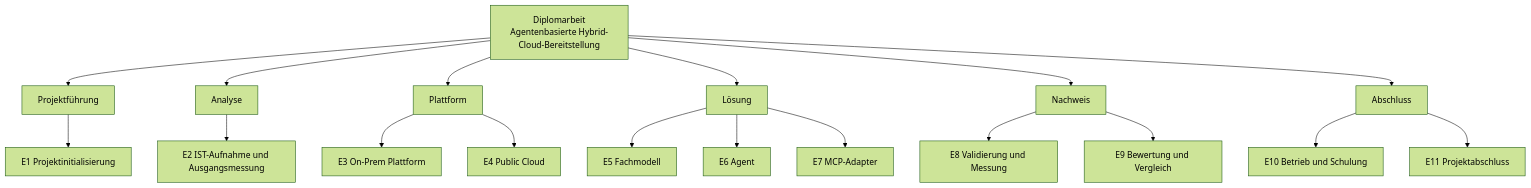
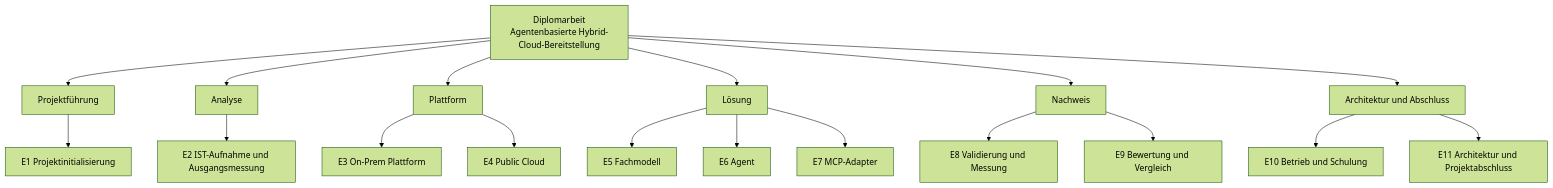
The third of 4 diagrams in docs/dokumentation.md (Cancani/diplomarbeit), drawn with Mermaid (forest theme) before and after one commit. The commit also changed other lines of this file, not shown here.

````diff
--- a/docs/dokumentation.md
+++ b/docs/dokumentation.md
@@ -297,23 +297,23 @@
 ```mermaid
 flowchart TB
     P["Diplomarbeit<br/>Agentenbasierte Hybrid-Cloud-Bereitstellung"]
 
     P --> A["Projektführung"]
     P --> B["Analyse"]
     P --> C["Plattform"]
     P --> D["Lösung"]
     P --> E["Nachweis"]
-    P --> F["Abschluss"]
+    P --> F["Architektur und Abschluss"]
 
     A --> E1["E1 Projektinitialisierung"]
     B --> E2["E2 IST-Aufnahme und Ausgangsmessung"]
     C --> E3["E3 On-Prem Plattform"]
     C --> E4["E4 Public Cloud"]
     D --> E5["E5 Fachmodell"]
     D --> E6["E6 Agent"]
     D --> E7["E7 MCP-Adapter"]
     E --> E8["E8 Validierung und Messung"]
     E --> E9["E9 Bewertung und Vergleich"]
     F --> E10["E10 Betrieb und Schulung"]
-    F --> E11["E11 Projektabschluss"]
+    F --> E11["E11 Architektur und Projektabschluss"]
 ```
````
